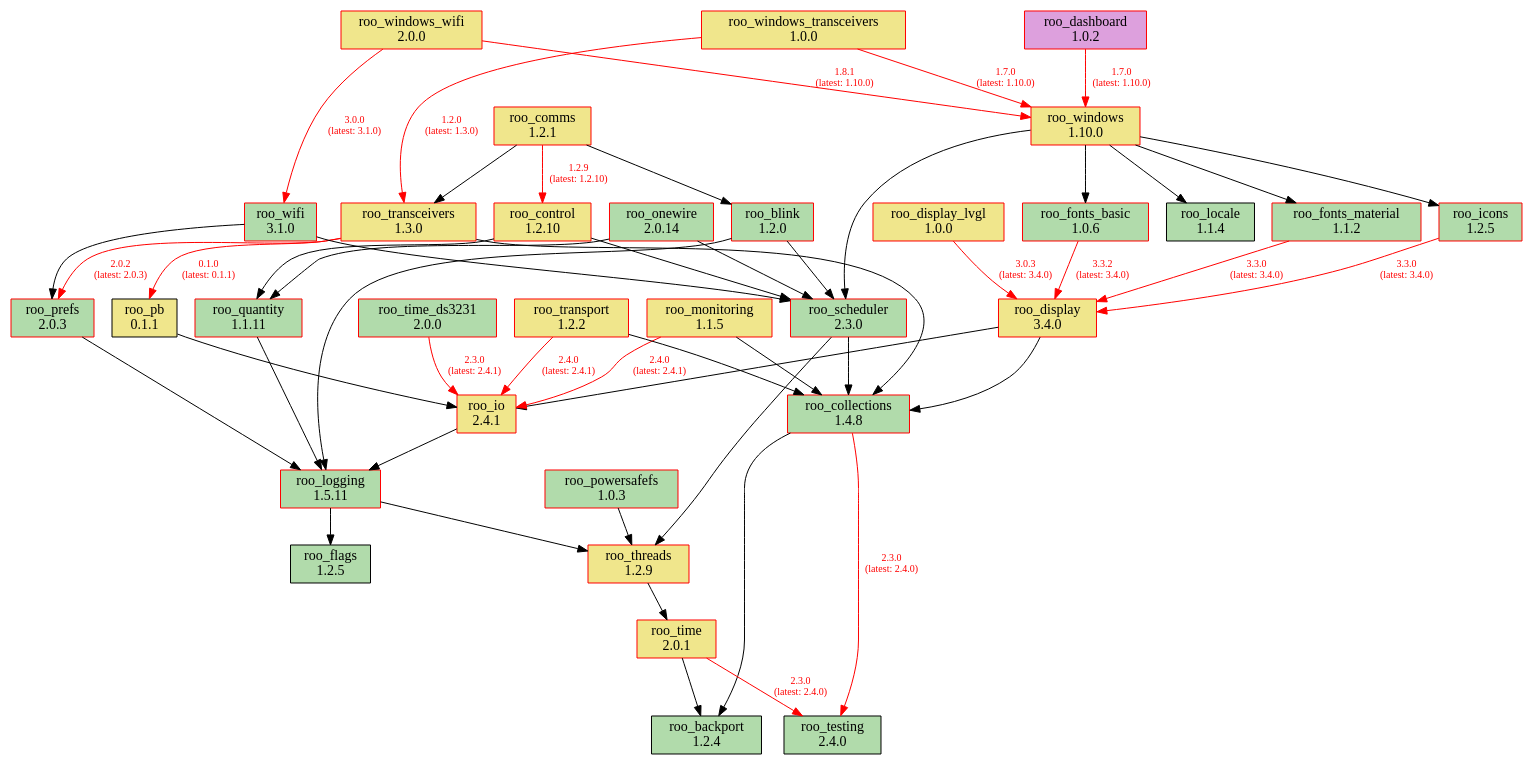
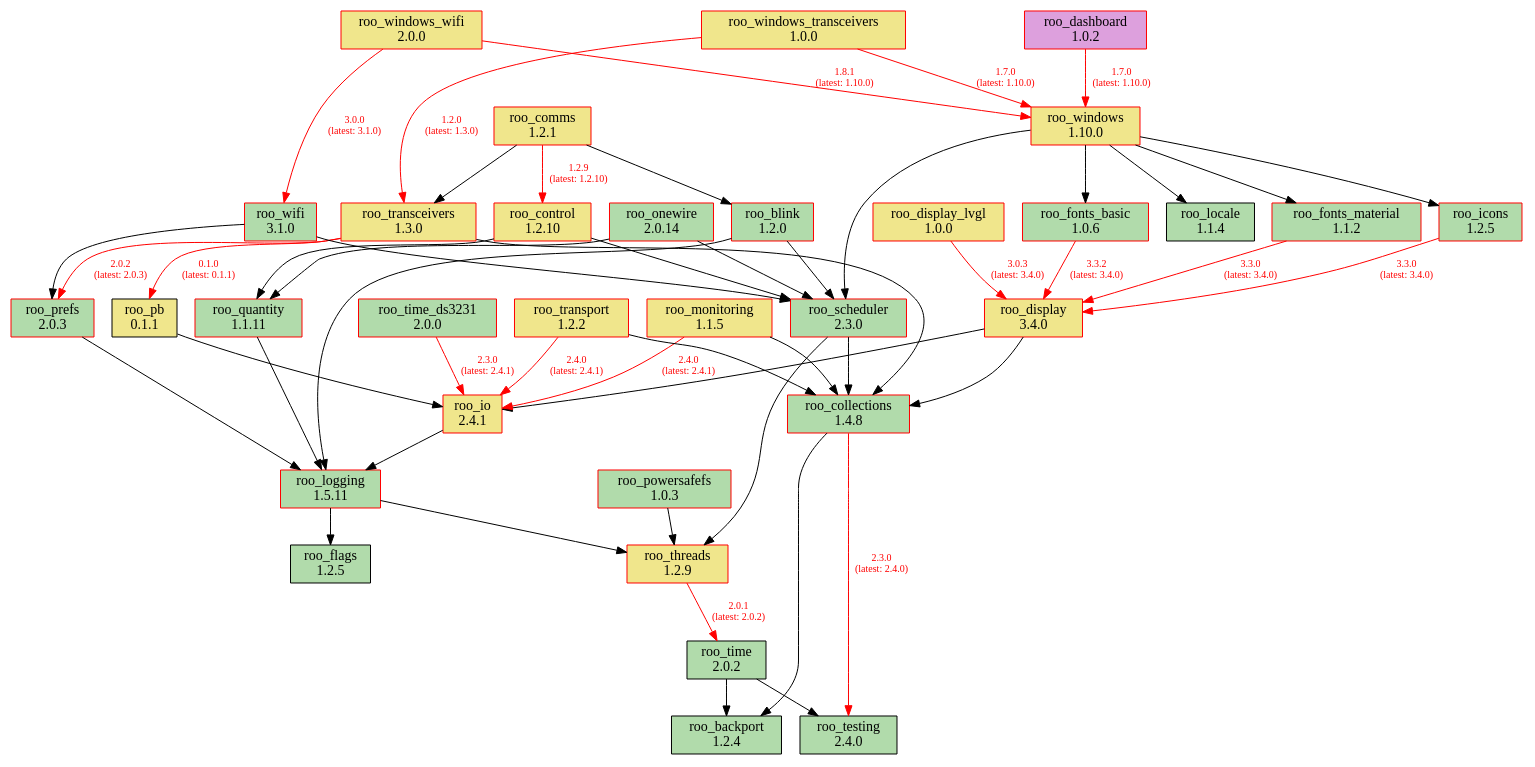
Before and after one commit to dejwk/roo-registry: the diagram in doc/dependencies.dot, drawn with Graphviz. The commit also changed 3 other files, not shown here.

Commit message:
Added roo_time 2.0.2 to the registry.

```diff
--- a/doc/dependencies.dot
+++ b/doc/dependencies.dot
@@ -1,90 +1,90 @@
 digraph dependencies {
     rankdir=TB;
     node [shape=box, style=filled];
     edge [fontsize=10];
 
     // Modules
     "roo_backport" [label="roo_backport\n1.2.4", fillcolor="#b1dbab", color="black"];
     "roo_blink" [label="roo_blink\n1.2.0", fillcolor="#b1dbab", color="red"];
     "roo_collections" [label="roo_collections\n1.4.8", fillcolor="#b1dbab", color="red"];
     "roo_comms" [label="roo_comms\n1.2.1", fillcolor="khaki", color="red"];
     "roo_control" [label="roo_control\n1.2.10", fillcolor="khaki", color="red"];
     "roo_dashboard" [label="roo_dashboard\n1.0.2", fillcolor="plum", color="red"];
     "roo_display" [label="roo_display\n3.4.0", fillcolor="khaki", color="red"];
     "roo_display_lvgl" [label="roo_display_lvgl\n1.0.0", fillcolor="khaki", color="red"];
     "roo_flags" [label="roo_flags\n1.2.5", fillcolor="#b1dbab", color="black"];
     "roo_fonts_basic" [label="roo_fonts_basic\n1.0.6", fillcolor="#b1dbab", color="red"];
     "roo_fonts_material" [label="roo_fonts_material\n1.1.2", fillcolor="#b1dbab", color="red"];
     "roo_icons" [label="roo_icons\n1.2.5", fillcolor="#b1dbab", color="red"];
     "roo_io" [label="roo_io\n2.4.1", fillcolor="khaki", color="red"];
     "roo_locale" [label="roo_locale\n1.1.4", fillcolor="#b1dbab", color="black"];
     "roo_logging" [label="roo_logging\n1.5.11", fillcolor="#b1dbab", color="red"];
     "roo_monitoring" [label="roo_monitoring\n1.1.5", fillcolor="khaki", color="red"];
     "roo_onewire" [label="roo_onewire\n2.0.14", fillcolor="#b1dbab", color="red"];
     "roo_pb" [label="roo_pb\n0.1.1", fillcolor="khaki", color="black"];
     "roo_powersafefs" [label="roo_powersafefs\n1.0.3", fillcolor="#b1dbab", color="red"];
     "roo_prefs" [label="roo_prefs\n2.0.3", fillcolor="#b1dbab", color="red"];
     "roo_quantity" [label="roo_quantity\n1.1.11", fillcolor="#b1dbab", color="red"];
     "roo_scheduler" [label="roo_scheduler\n2.3.0", fillcolor="#b1dbab", color="red"];
     "roo_testing" [label="roo_testing\n2.4.0", fillcolor="#b1dbab", color="black"];
     "roo_threads" [label="roo_threads\n1.2.9", fillcolor="khaki", color="red"];
-    "roo_time" [label="roo_time\n2.0.1", fillcolor="khaki", color="red"];
+    "roo_time" [label="roo_time\n2.0.2", fillcolor="#b1dbab", color="black"];
     "roo_time_ds3231" [label="roo_time_ds3231\n2.0.0", fillcolor="#b1dbab", color="red"];
     "roo_transceivers" [label="roo_transceivers\n1.3.0", fillcolor="khaki", color="red"];
     "roo_transport" [label="roo_transport\n1.2.2", fillcolor="khaki", color="red"];
     "roo_wifi" [label="roo_wifi\n3.1.0", fillcolor="#b1dbab", color="red"];
     "roo_windows" [label="roo_windows\n1.10.0", fillcolor="khaki", color="red"];
     "roo_windows_transceivers" [label="roo_windows_transceivers\n1.0.0", fillcolor="khaki", color="red"];
     "roo_windows_wifi" [label="roo_windows_wifi\n2.0.0", fillcolor="khaki", color="red"];
 
     // Dependencies
     "roo_blink" -> "roo_logging";
     "roo_blink" -> "roo_scheduler";
     "roo_collections" -> "roo_testing" [color=red, fontcolor=red, label="2.3.0\n(latest: 2.4.0)"];
     "roo_collections" -> "roo_backport";
     "roo_comms" -> "roo_blink";
     "roo_comms" -> "roo_control" [color=red, fontcolor=red, label="1.2.9\n(latest: 1.2.10)"];
     "roo_comms" -> "roo_transceivers";
     "roo_control" -> "roo_quantity";
     "roo_control" -> "roo_scheduler";
     "roo_dashboard" -> "roo_windows" [color=red, fontcolor=red, label="1.7.0\n(latest: 1.10.0)"];
     "roo_display" -> "roo_collections";
     "roo_display" -> "roo_io";
     "roo_display_lvgl" -> "roo_display" [color=red, fontcolor=red, label="3.0.3\n(latest: 3.4.0)"];
     "roo_fonts_basic" -> "roo_display" [color=red, fontcolor=red, label="3.3.2\n(latest: 3.4.0)"];
     "roo_fonts_material" -> "roo_display" [color=red, fontcolor=red, label="3.3.0\n(latest: 3.4.0)"];
     "roo_icons" -> "roo_display" [color=red, fontcolor=red, label="3.3.0\n(latest: 3.4.0)"];
     "roo_io" -> "roo_logging";
     "roo_logging" -> "roo_flags";
     "roo_logging" -> "roo_threads";
     "roo_monitoring" -> "roo_collections";
     "roo_monitoring" -> "roo_io" [color=red, fontcolor=red, label="2.4.0\n(latest: 2.4.1)"];
     "roo_onewire" -> "roo_scheduler";
     "roo_onewire" -> "roo_quantity";
     "roo_pb" -> "roo_io";
     "roo_powersafefs" -> "roo_threads";
     "roo_prefs" -> "roo_logging";
     "roo_quantity" -> "roo_logging";
     "roo_scheduler" -> "roo_collections";
     "roo_scheduler" -> "roo_threads";
-    "roo_threads" -> "roo_time";
-    "roo_time" -> "roo_testing" [color=red, fontcolor=red, label="2.3.0\n(latest: 2.4.0)"];
+    "roo_threads" -> "roo_time" [color=red, fontcolor=red, label="2.0.1\n(latest: 2.0.2)"];
+    "roo_time" -> "roo_testing";
     "roo_time" -> "roo_backport";
     "roo_time_ds3231" -> "roo_io" [color=red, fontcolor=red, label="2.3.0\n(latest: 2.4.1)"];
     "roo_transceivers" -> "roo_pb" [color=red, fontcolor=red, label="0.1.0\n(latest: 0.1.1)"];
     "roo_transceivers" -> "roo_collections";
     "roo_transceivers" -> "roo_prefs" [color=red, fontcolor=red, label="2.0.2\n(latest: 2.0.3)"];
     "roo_transport" -> "roo_collections";
     "roo_transport" -> "roo_io" [color=red, fontcolor=red, label="2.4.0\n(latest: 2.4.1)"];
     "roo_wifi" -> "roo_prefs";
     "roo_wifi" -> "roo_scheduler";
     "roo_windows" -> "roo_fonts_basic";
     "roo_windows" -> "roo_fonts_material";
     "roo_windows" -> "roo_locale";
     "roo_windows" -> "roo_icons";
     "roo_windows" -> "roo_scheduler";
     "roo_windows_transceivers" -> "roo_transceivers" [color=red, fontcolor=red, label="1.2.0\n(latest: 1.3.0)"];
     "roo_windows_transceivers" -> "roo_windows" [color=red, fontcolor=red, label="1.7.0\n(latest: 1.10.0)"];
     "roo_windows_wifi" -> "roo_wifi" [color=red, fontcolor=red, label="3.0.0\n(latest: 3.1.0)"];
     "roo_windows_wifi" -> "roo_windows" [color=red, fontcolor=red, label="1.8.1\n(latest: 1.10.0)"];
 }
```
